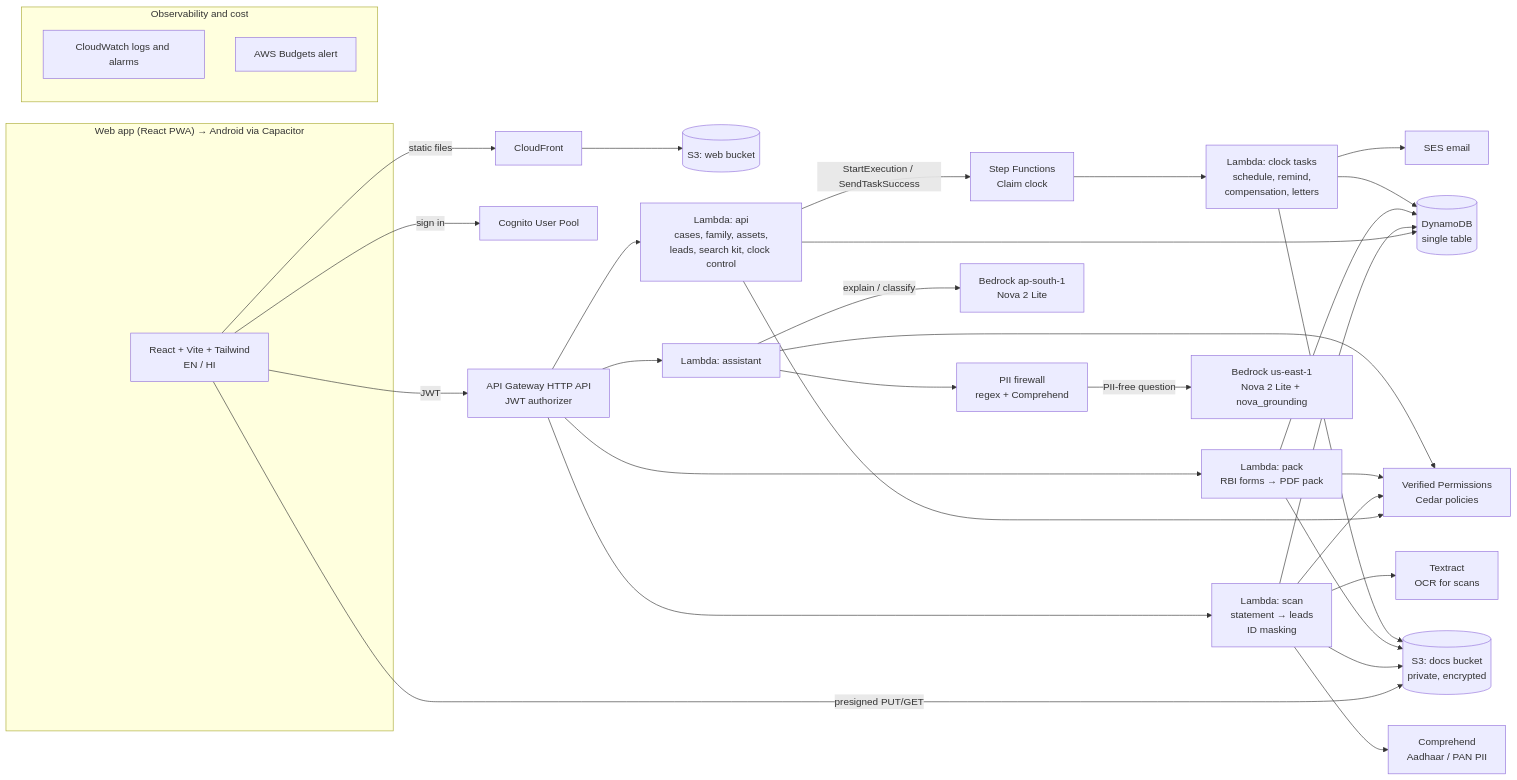
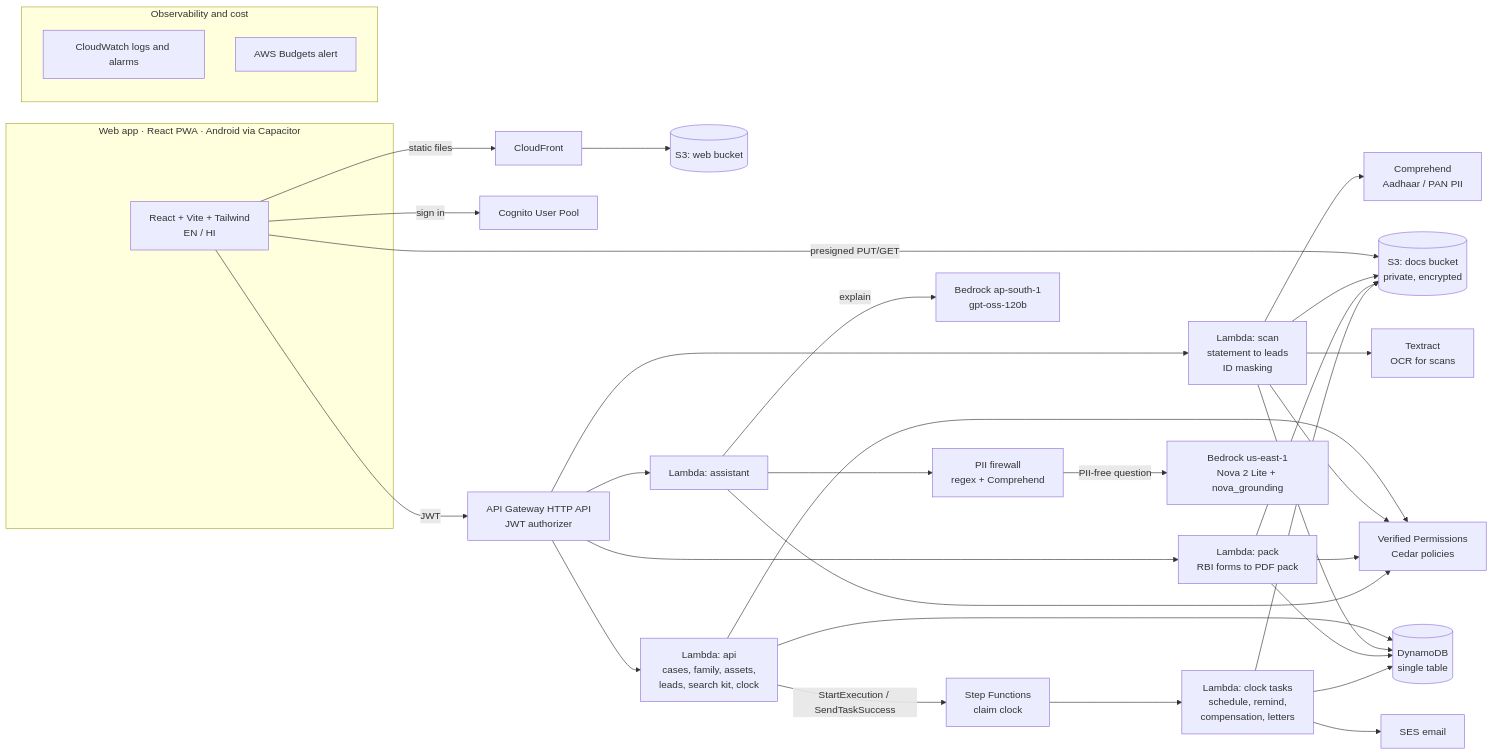
Before and after one commit to DhrubaAgarwalla/afterloss: the first of 3 diagrams in docs/ARCHITECTURE.md, drawn with Mermaid. The commit also changed other lines of this file and 1 other file, not shown here.

Commit message:
docs: fix mermaid parse error and simplify the diagrams
- A semicolon inside a sequence-diagram message ended the statement early, so
  GitHub could not render "3.1 Find assets from a bank statement"
- README diagram redrawn as a single left-to-right flow; the previous fan-out
  edges crossed each other and pushed SES off the canvas
- Architecture diagram: <br> line breaks instead of \n, current Bedrock models
  (gpt-oss-120b for explanations), runtime corrected to Python 3.13
- All four diagrams parse and render under mermaid 11, the version GitHub uses

````diff
--- a/docs/ARCHITECTURE.md
+++ b/docs/ARCHITECTURE.md
@@ -11,44 +11,44 @@
 ```mermaid
 flowchart LR
-  subgraph Client["Web app (React PWA) → Android via Capacitor"]
-    UI[React + Vite + Tailwind\nEN / HI]
+  subgraph Client["Web app · React PWA · Android via Capacitor"]
+    UI["React + Vite + Tailwind<br>EN / HI"]
   end
 
-  UI -- static files --> CF[CloudFront] --> WEB[(S3: web bucket)]
-  UI -- sign in --> COG[Cognito User Pool]
-  UI -- JWT --> APIGW[API Gateway HTTP API\nJWT authorizer]
+  UI -- "static files" --> CF["CloudFront"] --> WEB[("S3: web bucket")]
+  UI -- "sign in" --> COG["Cognito User Pool"]
+  UI -- "JWT" --> APIGW["API Gateway HTTP API<br>JWT authorizer"]
+  UI -- "presigned PUT/GET" --> DOCS[("S3: docs bucket<br>private, encrypted")]
 
-  APIGW --> API[Lambda: api\ncases, family, assets,\nleads, search kit, clock control]
-  APIGW --> SCAN[Lambda: scan\nstatement → leads\nID masking]
-  APIGW --> PACK[Lambda: pack\nRBI forms → PDF pack]
-  APIGW --> ASK[Lambda: assistant]
+  APIGW --> API["Lambda: api<br>cases, family, assets,<br>leads, search kit, clock"]
+  APIGW --> SCAN["Lambda: scan<br>statement to leads<br>ID masking"]
+  APIGW --> PACK["Lambda: pack<br>RBI forms to PDF pack"]
+  APIGW --> ASK["Lambda: assistant"]
 
-  API --> AVP[Verified Permissions\nCedar policies]
+  API --> AVP["Verified Permissions<br>Cedar policies"]
   SCAN --> AVP
   PACK --> AVP
   ASK --> AVP
 
-  API --> DDB[(DynamoDB\nsingle table)]
+  API --> DDB[("DynamoDB<br>single table")]
   SCAN --> DDB
   PACK --> DDB
-  UI -- presigned PUT/GET --> DOCS[(S3: docs bucket\nprivate, encrypted)]
   SCAN --> DOCS
   PACK --> DOCS
-  SCAN --> TX[Textract\nOCR for scans]
-  SCAN --> CMP[Comprehend\nAadhaar / PAN PII]
+  SCAN --> TX["Textract<br>OCR for scans"]
+  SCAN --> CMP["Comprehend<br>Aadhaar / PAN PII"]
 
-  API -- StartExecution / SendTaskSuccess --> SFN[Step Functions\nClaim clock]
-  SFN --> CLK[Lambda: clock tasks\nschedule, remind,\ncompensation, letters]
+  API -- "StartExecution / SendTaskSuccess" --> SFN["Step Functions<br>claim clock"]
+  SFN --> CLK["Lambda: clock tasks<br>schedule, remind,<br>compensation, letters"]
   CLK --> DDB
   CLK --> DOCS
-  CLK --> SES[SES email]
+  CLK --> SES["SES email"]
 
-  ASK --> PII[PII firewall\nregex + Comprehend]
-  ASK -- explain / classify --> BRL[Bedrock ap-south-1\nNova 2 Lite]
-  PII -- PII-free question --> BRW[Bedrock us-east-1\nNova 2 Lite + nova_grounding]
+  ASK -- "explain" --> BRL["Bedrock ap-south-1<br>gpt-oss-120b"]
+  ASK --> PII["PII firewall<br>regex + Comprehend"]
+  PII -- "PII-free question" --> BRW["Bedrock us-east-1<br>Nova 2 Lite + nova_grounding"]
 
-  subgraph Obs[Observability and cost]
-    CW[CloudWatch logs and alarms]
-    BUD[AWS Budgets alert]
+  subgraph Obs["Observability and cost"]
+    CW["CloudWatch logs and alarms"]
+    BUD["AWS Budgets alert"]
   end
 ```
````
